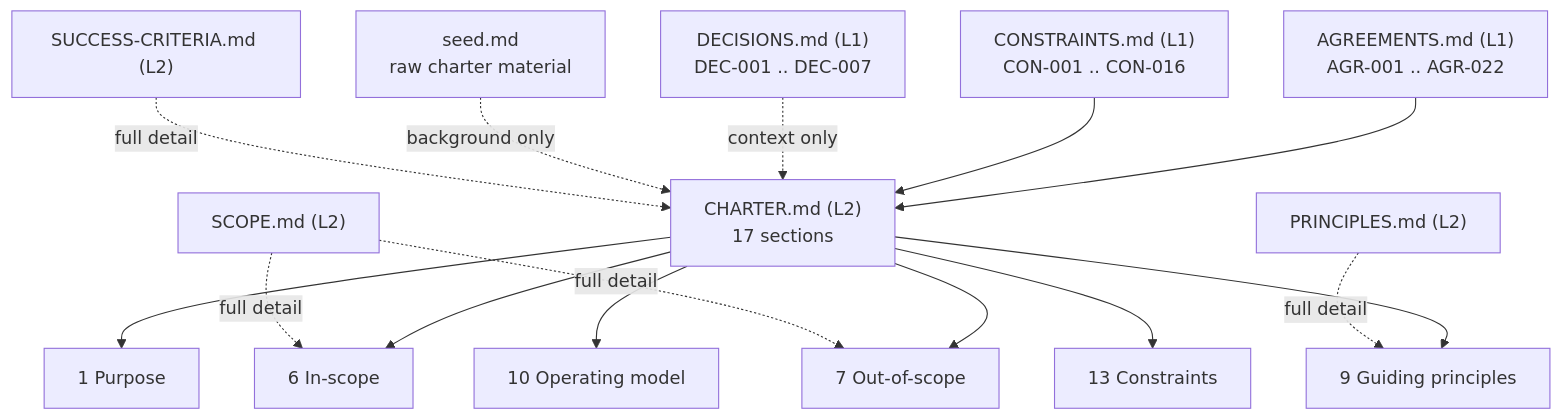
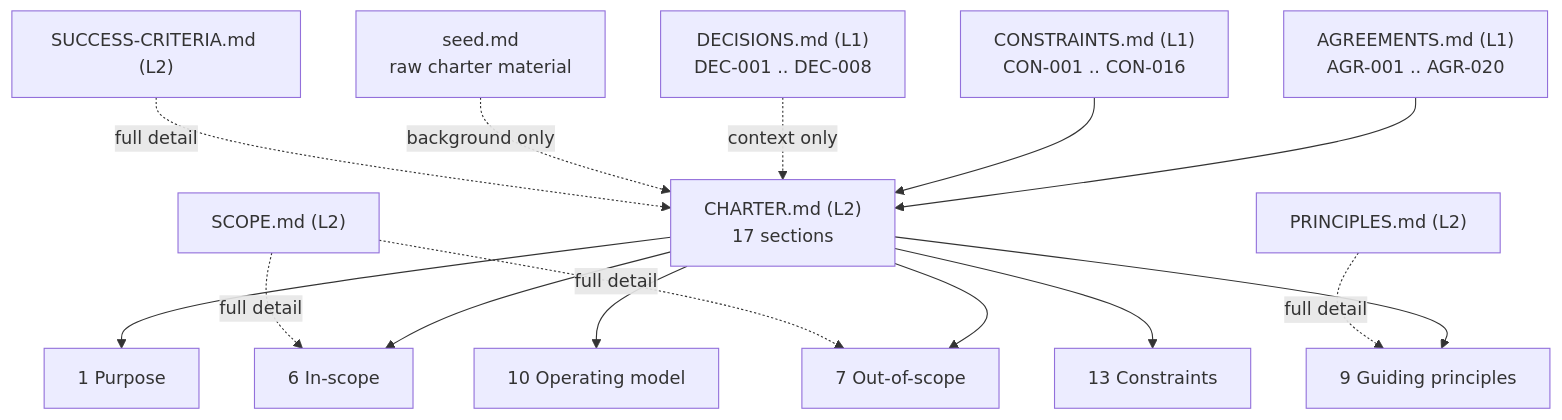
The diagram in solution-docs/80-agent-inputs/CHARTER-AGENT.md (veglezMX/guardrails), drawn with Mermaid before and after one commit. The commit also changed other lines of this file and 70 other files, not shown here.

````diff
--- a/solution-docs/80-agent-inputs/CHARTER-AGENT.md
+++ b/solution-docs/80-agent-inputs/CHARTER-AGENT.md
@@ -103,17 +103,17 @@
 ```mermaid
 flowchart TD
-    AGR["AGREEMENTS.md (L1)\nAGR-001 .. AGR-022"] --> CH["CHARTER.md (L2)\n17 sections"]
+    AGR["AGREEMENTS.md (L1)\nAGR-001 .. AGR-020"] --> CH["CHARTER.md (L2)\n17 sections"]
     CON["CONSTRAINTS.md (L1)\nCON-001 .. CON-016"] --> CH
-    DEC["DECISIONS.md (L1)\nDEC-001 .. DEC-007"] -.context only.-> CH
+    DEC["DECISIONS.md (L1)\nDEC-001 .. DEC-008"] -.context only.-> CH
     SEED["seed.md\nraw charter material"] -.background only.-> CH
     CH --> S1["1 Purpose"]
     CH --> S6["6 In-scope"]
     CH --> S7["7 Out-of-scope"]
     CH --> S9["9 Guiding principles"]
     CH --> S10["10 Operating model"]
     CH --> S13["13 Constraints"]
     SCOPE["SCOPE.md (L2)"] -.full detail.-> S6
     SCOPE -.full detail.-> S7
     PRIN["PRINCIPLES.md (L2)"] -.full detail.-> S9
     SUCC["SUCCESS-CRITERIA.md (L2)"] -.full detail.-> CH
 ```
````
